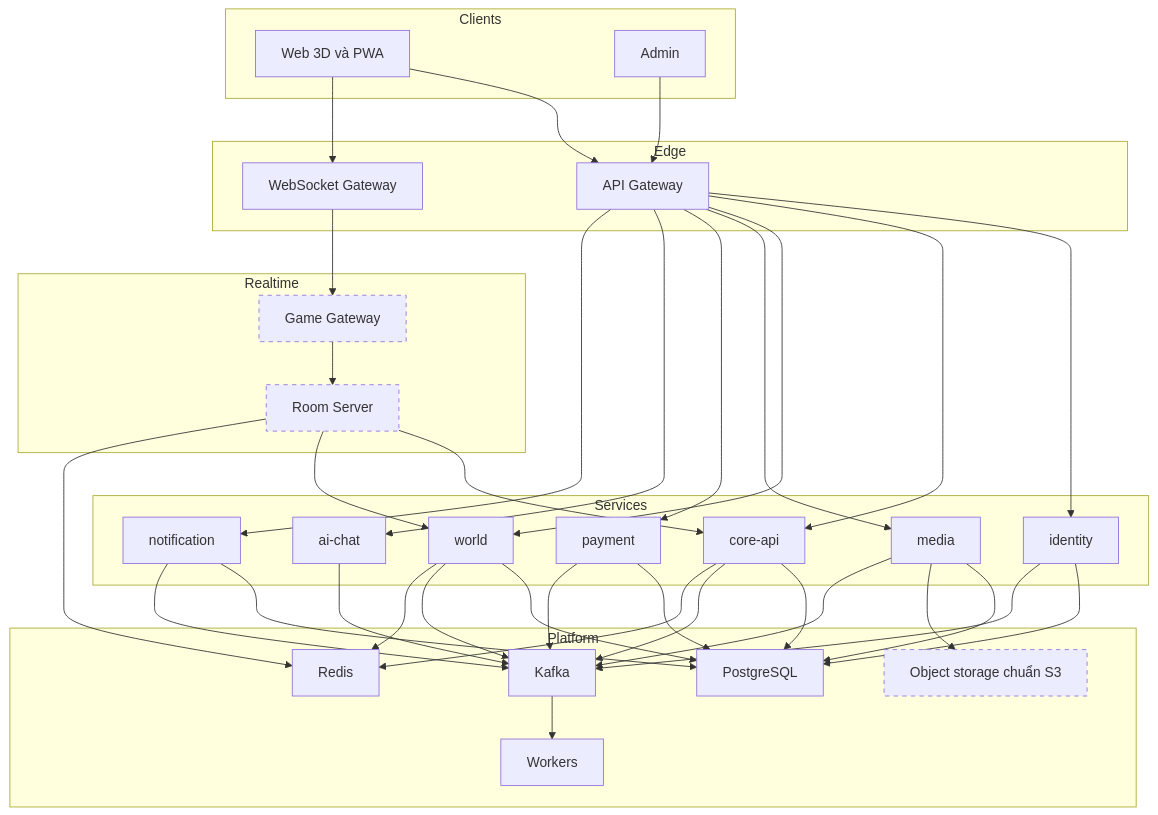
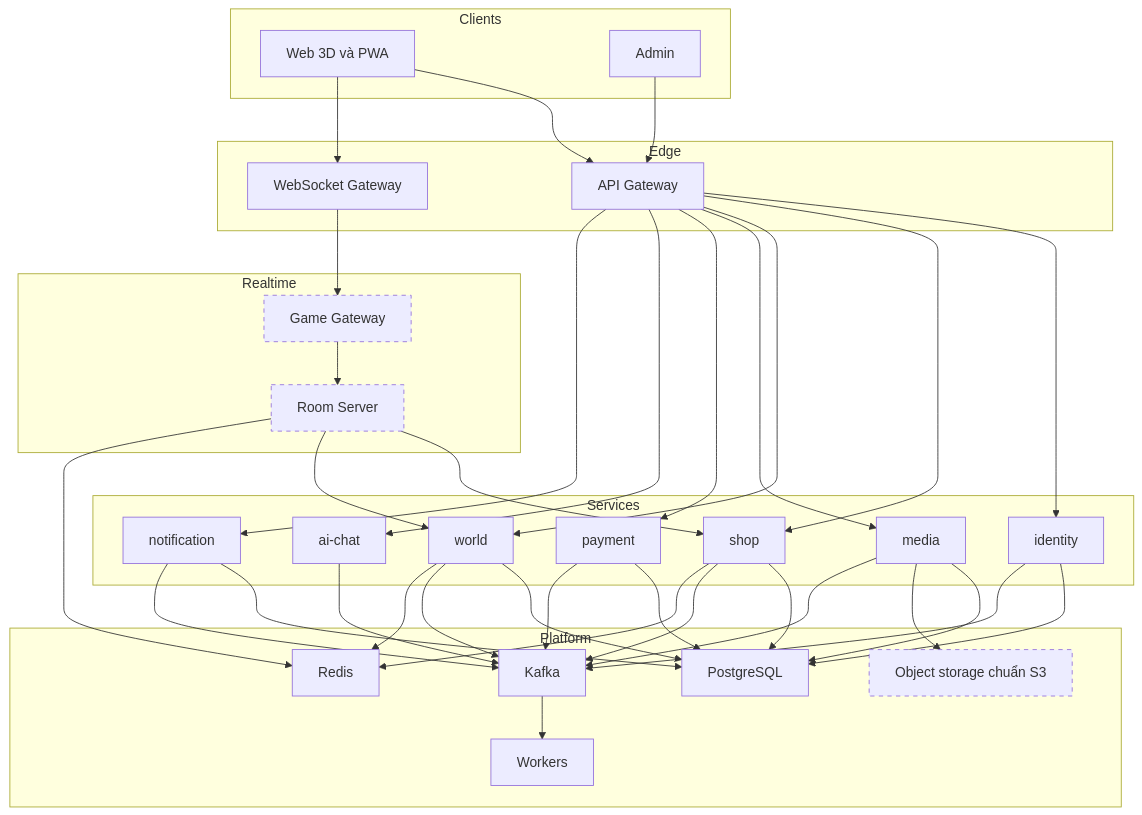
Before and after one commit to netverse3d/netverse3d: the diagram in docs/wiki/engineering/architecture.md, drawn with Mermaid. The commit also changed 12 other files, not shown here.

First line of the commit message:
chore: rename the core-api service to shop

````diff
--- a/docs/wiki/engineering/architecture.md
+++ b/docs/wiki/engineering/architecture.md
@@ -5,43 +5,43 @@
 ```mermaid
 flowchart TB
   subgraph Clients
     W[Web 3D và PWA]
     AD[Admin]
   end
   subgraph Edge
     GW[API Gateway]
     WS[WebSocket Gateway]
   end
   subgraph Realtime
     GG[Game Gateway]:::pending
     RS[Room Server]:::pending
   end
   subgraph Services
     ID[identity]
-    CO[core-api]
+    CO[shop]
     WO[world]
     ME[media]
     PA[payment]
     AI[ai-chat]
     NO[notification]
   end
   subgraph Platform
     K[Kafka]
     R[Redis]
     WK[Workers]
     PG[PostgreSQL]
     S3[Object storage chuẩn S3]:::pending
   end
   W --> GW
   AD --> GW
   W --> WS
   WS --> GG --> RS
   GW --> ID & CO & WO & ME & PA & AI & NO
   RS --> CO & WO
   ID & CO & WO & ME & PA & NO --> PG
   ME --> S3
   ID & CO & WO & ME & PA & AI & NO --> K
   CO & WO & RS --> R
   K --> WK
   classDef pending stroke-dasharray: 5 5
 ```
````
